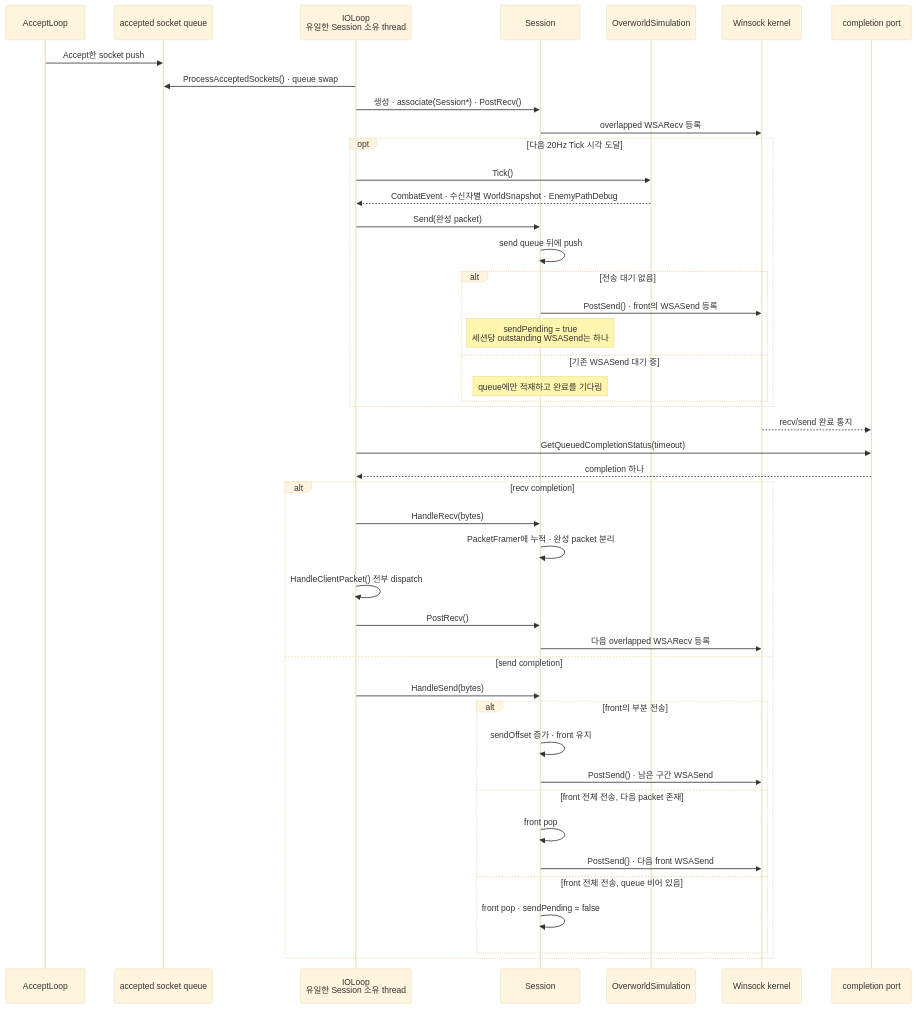
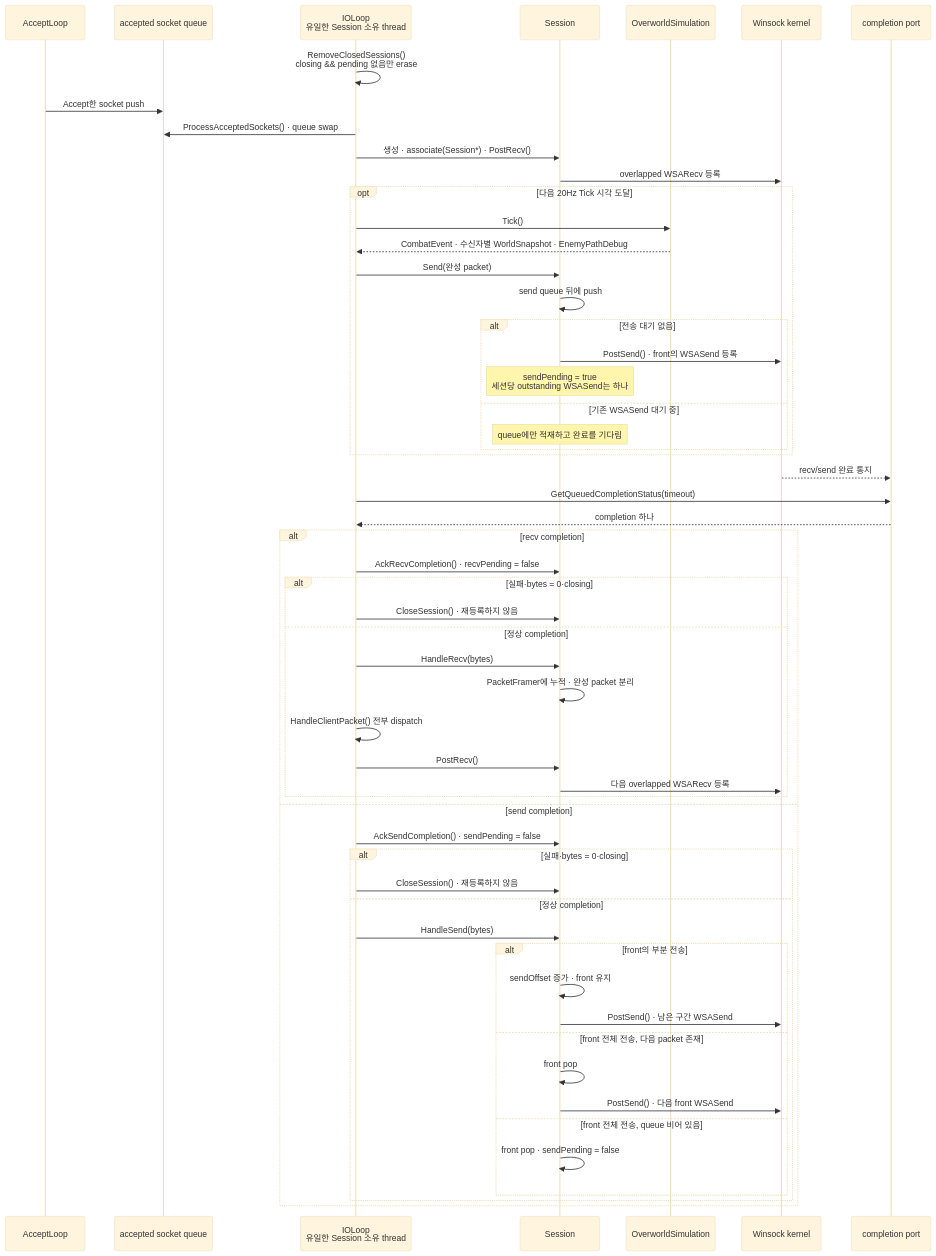
Before and after one commit to 9kyo-hwang/ConsoleGameProject: the second of 3 diagrams in docs/z1/ARCHITECTURE.md, drawn with Mermaid (base theme). The commit also changed other lines of this file and 8 other files, not shown here.

First line of the commit message:
[Feature] CloseSession 된 Session을 세션 배열에서 안전한 제거

````diff
--- a/docs/z1/ARCHITECTURE.md
+++ b/docs/z1/ARCHITECTURE.md
@@ -124,51 +125,62 @@
 ```mermaid
 sequenceDiagram
     participant Accept as AcceptLoop
     participant Pending as accepted socket queue
     participant IO as IOLoop<br/>유일한 Session 소유 thread
     participant Session
     participant World as OverworldSimulation
     participant Kernel as Winsock kernel
     participant IOCP as completion port
 
+    IO->>IO: RemoveClosedSessions()<br/>closing && pending 없음만 erase
     Accept->>Pending: Accept한 socket push
     IO->>Pending: ProcessAcceptedSockets() · queue swap
     IO->>Session: 생성 · associate(Session*) · PostRecv()
     Session->>Kernel: overlapped WSARecv 등록
 
     opt 다음 20Hz Tick 시각 도달
         IO->>World: Tick()
         World-->>IO: CombatEvent · 수신자별 WorldSnapshot · EnemyPathDebug
         IO->>Session: Send(완성 packet)
         Session->>Session: send queue 뒤에 push
         alt 전송 대기 없음
             Session->>Kernel: PostSend() · front의 WSASend 등록
             Note over Session: sendPending = true<br/>세션당 outstanding WSASend는 하나
         else 기존 WSASend 대기 중
             Note over Session: queue에만 적재하고 완료를 기다림
         end
     end
 
     Kernel-->>IOCP: recv/send 완료 통지
     IO->>IOCP: GetQueuedCompletionStatus(timeout)
     IOCP-->>IO: completion 하나
 
     alt recv completion
+        IO->>Session: AckRecvCompletion() · recvPending = false
+        alt 실패·bytes = 0·closing
+            IO->>Session: CloseSession() · 재등록하지 않음
+        else 정상 completion
         IO->>Session: HandleRecv(bytes)
         Session->>Session: PacketFramer에 누적 · 완성 packet 분리
         IO->>IO: HandleClientPacket() 전부 dispatch
         IO->>Session: PostRecv()
         Session->>Kernel: 다음 overlapped WSARecv 등록
+        end
     else send completion
+        IO->>Session: AckSendCompletion() · sendPending = false
+        alt 실패·bytes = 0·closing
+            IO->>Session: CloseSession() · 재등록하지 않음
+        else 정상 completion
         IO->>Session: HandleSend(bytes)
         alt front의 부분 전송
             Session->>Session: sendOffset 증가 · front 유지
             Session->>Kernel: PostSend() · 남은 구간 WSASend
         else front 전체 전송, 다음 packet 존재
             Session->>Session: front pop
             Session->>Kernel: PostSend() · 다음 front WSASend
         else front 전체 전송, queue 비어 있음
             Session->>Session: front pop · sendPending = false
         end
+        end
     end
 ```
````
